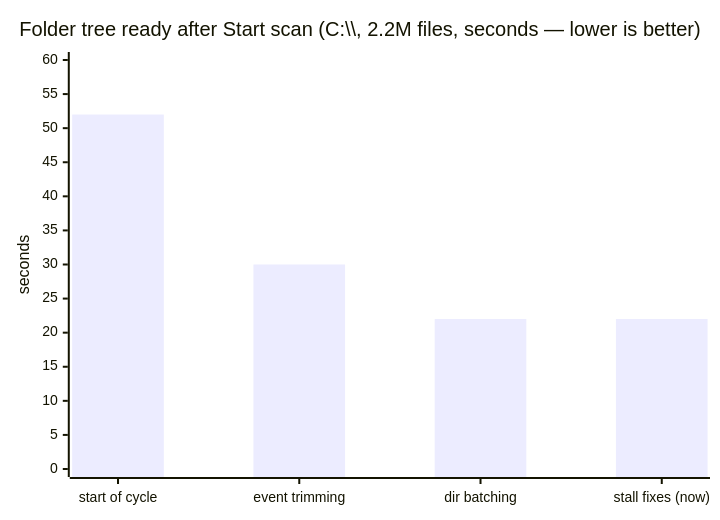
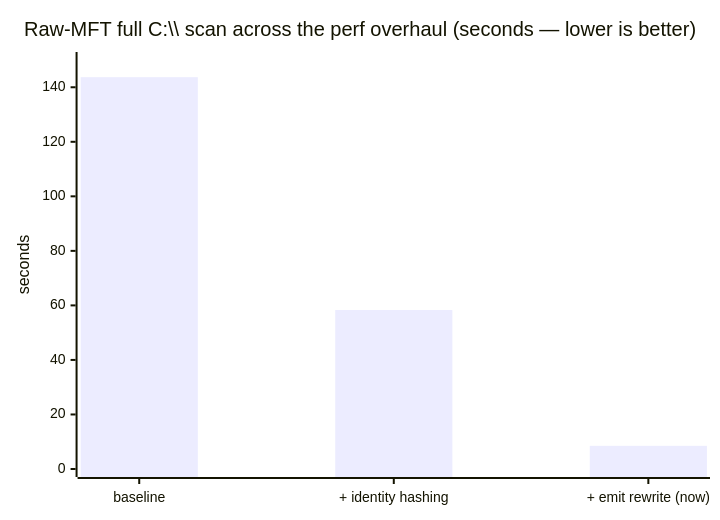
The first of 2 diagrams in README.md (marksmayo/WinBlaze), drawn with Mermaid before and after one commit. The commit also changed other lines of this file and 15 other files, not shown here.

First line of the commit message:
Record perf overhaul results, refresh docs, and fix benchmark ordering

````diff
--- a/README.md
+++ b/README.md
@@ -22,7 +22,7 @@
 ```mermaid
 xychart-beta
-    title "Folder tree ready after Start scan (C:\\, 2.2M files, seconds — lower is better)"
-    x-axis ["start of cycle", "event trimming", "dir batching", "stall fixes (now)"]
-    y-axis "seconds" 0 --> 60
-    bar [52, 30, 22, 22]
+    title "Raw-MFT full C:\\ scan across the perf overhaul (seconds — lower is better)"
+    x-axis ["baseline", "+ identity hashing", "+ emit rewrite (now)"]
+    y-axis "seconds" 0 --> 150
+    bar [143.7, 58.3, 8.5]
 ```
````
